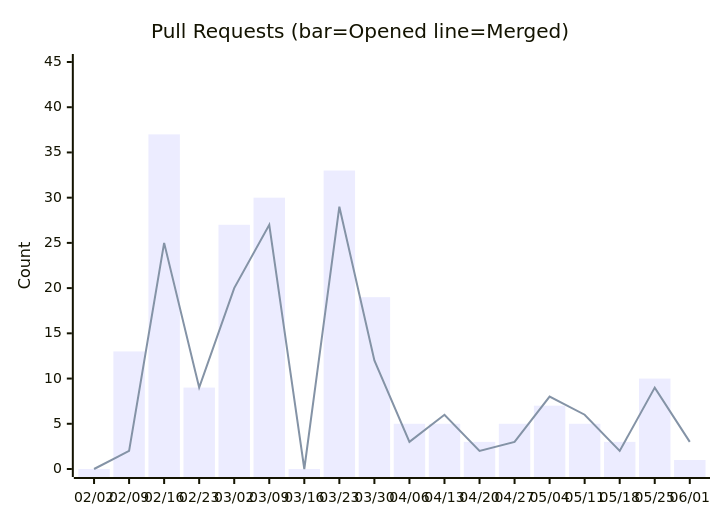
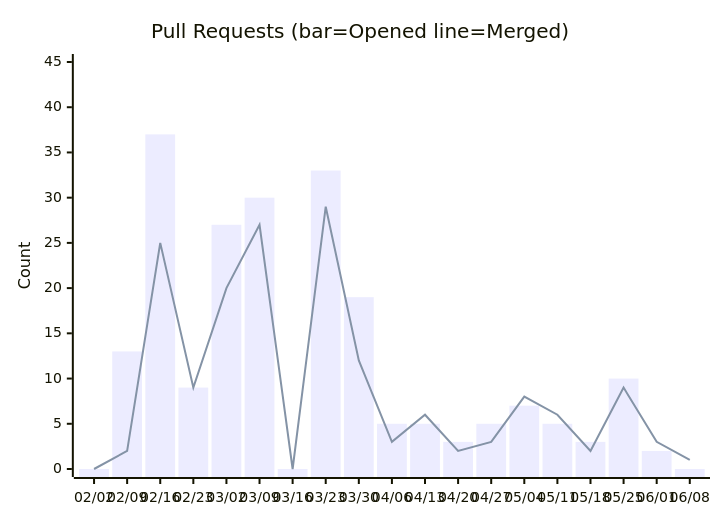
The sixth of 14 diagrams in docs/metrics.md (nablarch/nabledge-dev), drawn with Mermaid before and after one commit. The commit also changed other lines of this file and 2 other files, not shown here.

````diff
--- a/docs/metrics.md
+++ b/docs/metrics.md
@@ -100,8 +100,8 @@
 ```mermaid
 xychart-beta
   title "Pull Requests (bar=Opened  line=Merged)"
-  x-axis ["02/02", "02/09", "02/16", "02/23", "03/02", "03/09", "03/16", "03/23", "03/30", "04/06", "04/13", "04/20", "04/27", "05/04", "05/11", "05/18", "05/25", "06/01"]
+  x-axis ["02/02", "02/09", "02/16", "02/23", "03/02", "03/09", "03/16", "03/23", "03/30", "04/06", "04/13", "04/20", "04/27", "05/04", "05/11", "05/18", "05/25", "06/01", "06/08"]
   y-axis "Count" 0 --> 45
-  bar [0, 13, 37, 9, 27, 30, 0, 33, 19, 5, 5, 3, 5, 7, 5, 3, 10, 1]
-  line [0, 2, 25, 9, 20, 27, 0, 29, 12, 3, 6, 2, 3, 8, 6, 2, 9, 3]
+  bar [0, 13, 37, 9, 27, 30, 0, 33, 19, 5, 5, 3, 5, 7, 5, 3, 10, 2, 0]
+  line [0, 2, 25, 9, 20, 27, 0, 29, 12, 3, 6, 2, 3, 8, 6, 2, 9, 3, 1]
 ```
````
